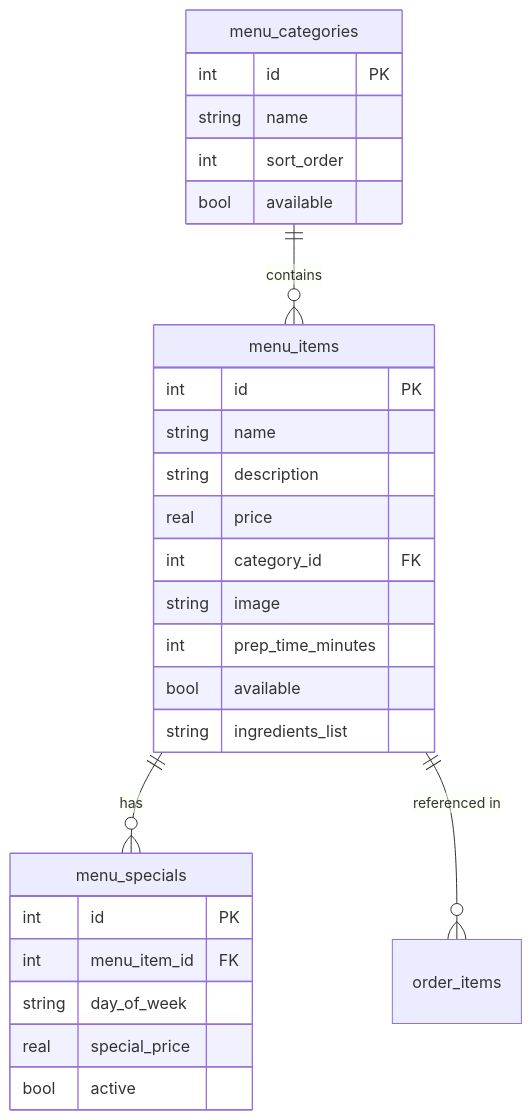
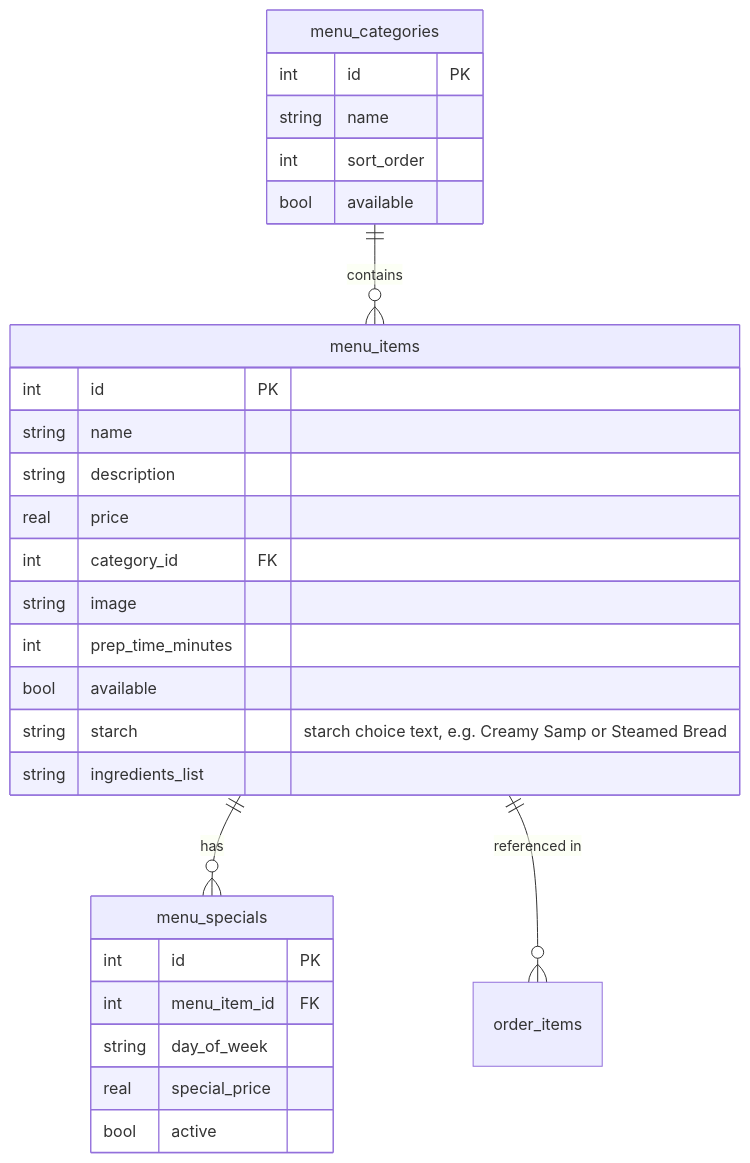
Before and after one commit to kenayah/soulFood: the diagram in docs/features/menu-management.md, drawn with Mermaid. The commit also changed other lines of this file and 39 other files, not shown here.

````diff
--- a/docs/features/menu-management.md
+++ b/docs/features/menu-management.md
@@ -9,33 +9,34 @@
 ```mermaid
 erDiagram
     menu_categories ||--o{ menu_items : contains
     menu_items ||--o{ menu_specials : "has"
     menu_items ||--o{ order_items : "referenced in"
 
     menu_categories {
         int id PK
         string name
         int sort_order
         bool available
     }
 
     menu_items {
         int id PK
         string name
         string description
         real price
         int category_id FK
         string image
         int prep_time_minutes
         bool available
+        string starch "starch choice text, e.g. Creamy Samp or Steamed Bread"
         string ingredients_list
     }
 
     menu_specials {
         int id PK
         int menu_item_id FK
         string day_of_week
         real special_price
         bool active
     }
 ```
````
